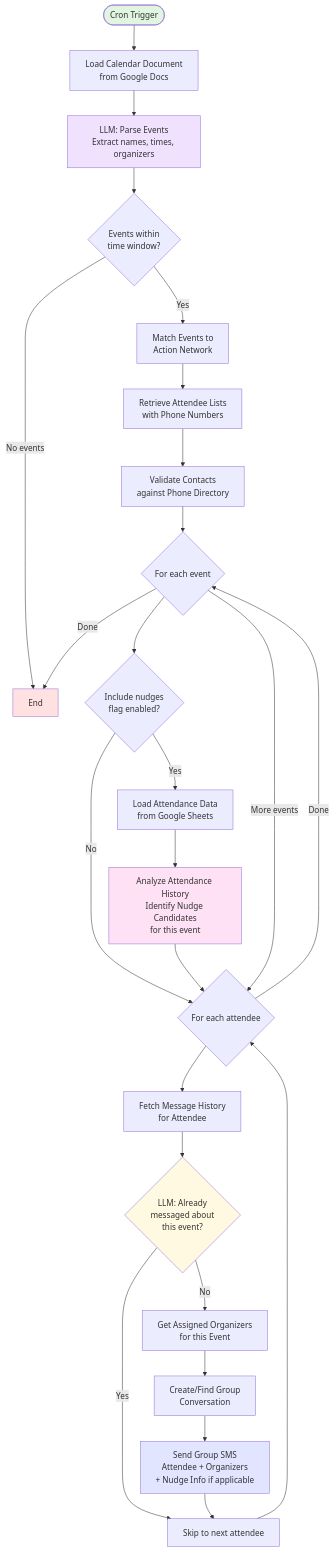
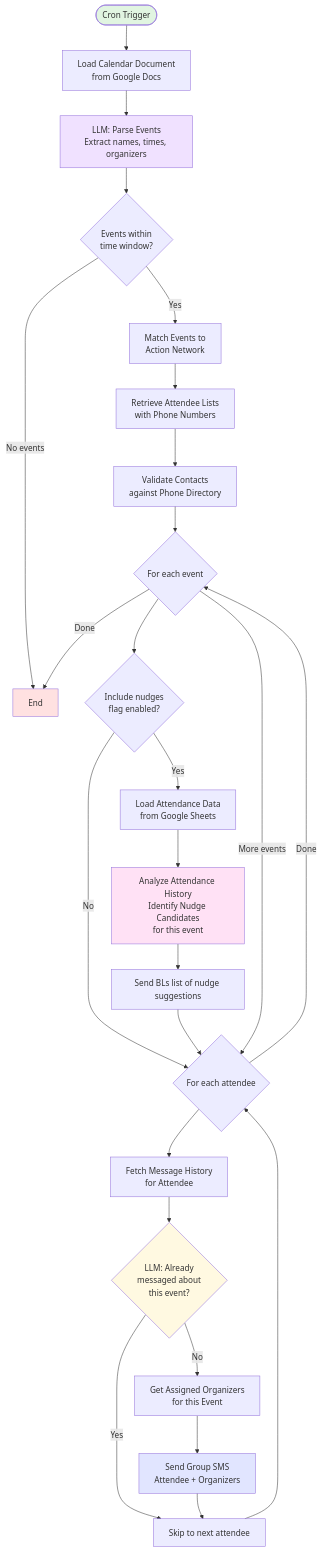
One commit to beauchbum/runbot changed the diagram in README.md. Above: the diagram before and after it, drawn with Mermaid.

Commit message:
update mermaid doc

````diff
--- a/README.md
+++ b/README.md
@@ -19,50 +19,50 @@
 ```mermaid
 flowchart TD
     Start([Cron Trigger]) --> LoadCalendar[Load Calendar Document<br/>from Google Docs]
 
     LoadCalendar --> ParseEvents[LLM: Parse Events<br/>Extract names, times, organizers]
 
     ParseEvents --> FilterEvents{Events within<br/>time window?}
     FilterEvents -->|No events| End
     FilterEvents -->|Yes| MatchAction[Match Events to<br/>Action Network]
 
     MatchAction --> GetAttendees[Retrieve Attendee Lists<br/>with Phone Numbers]
 
     GetAttendees --> ValidateContacts[Validate Contacts<br/>against Phone Directory]
 
     ValidateContacts --> LoopEvents{For each event}
 
     LoopEvents --> CheckNudges{Include nudges<br/>flag enabled?}
     CheckNudges -->|Yes| LoadAttendance[Load Attendance Data<br/>from Google Sheets]
     CheckNudges -->|No| LoopAttendees
 
     LoadAttendance --> AnalyzeNudges[Analyze Attendance History<br/>Identify Nudge Candidates<br/>for this event]
 
-    AnalyzeNudges --> LoopAttendees{For each attendee}
+    AnalyzeNudges --> SendNudgeMessage[Send BLs list of nudge suggestions]
+    
+    SendNudgeMessage --> LoopAttendees{For each attendee}
 
     LoopAttendees --> FetchHistory[Fetch Message History<br/>for Attendee]
 
     FetchHistory --> CheckDupe{LLM: Already<br/>messaged about<br/>this event?}
 
     CheckDupe -->|Yes| NextAttendee[Skip to next attendee]
     CheckDupe -->|No| GetOrganizers[Get Assigned Organizers<br/>for this Event]
 
-    GetOrganizers --> CreateGroup[Create/Find Group<br/>Conversation]
-
-    CreateGroup --> SendMessage[Send Group SMS<br/>Attendee + Organizers<br/>+ Nudge Info if applicable]
+    GetOrganizers --> SendMessage[Send Group SMS<br/>Attendee + Organizers<br/>]
 
     SendMessage --> NextAttendee
     NextAttendee --> LoopAttendees
 
     LoopAttendees -->|Done| LoopEvents
 
     LoopEvents -->|More events| LoopAttendees
     LoopEvents -->|Done| End
 
     style Start fill:#e1f5e1
     style End fill:#ffe1e1
     style SendMessage fill:#e1e5ff
     style CheckDupe fill:#fff9e1
     style ParseEvents fill:#f0e1ff
     style AnalyzeNudges fill:#ffe1f5
 ```
````
